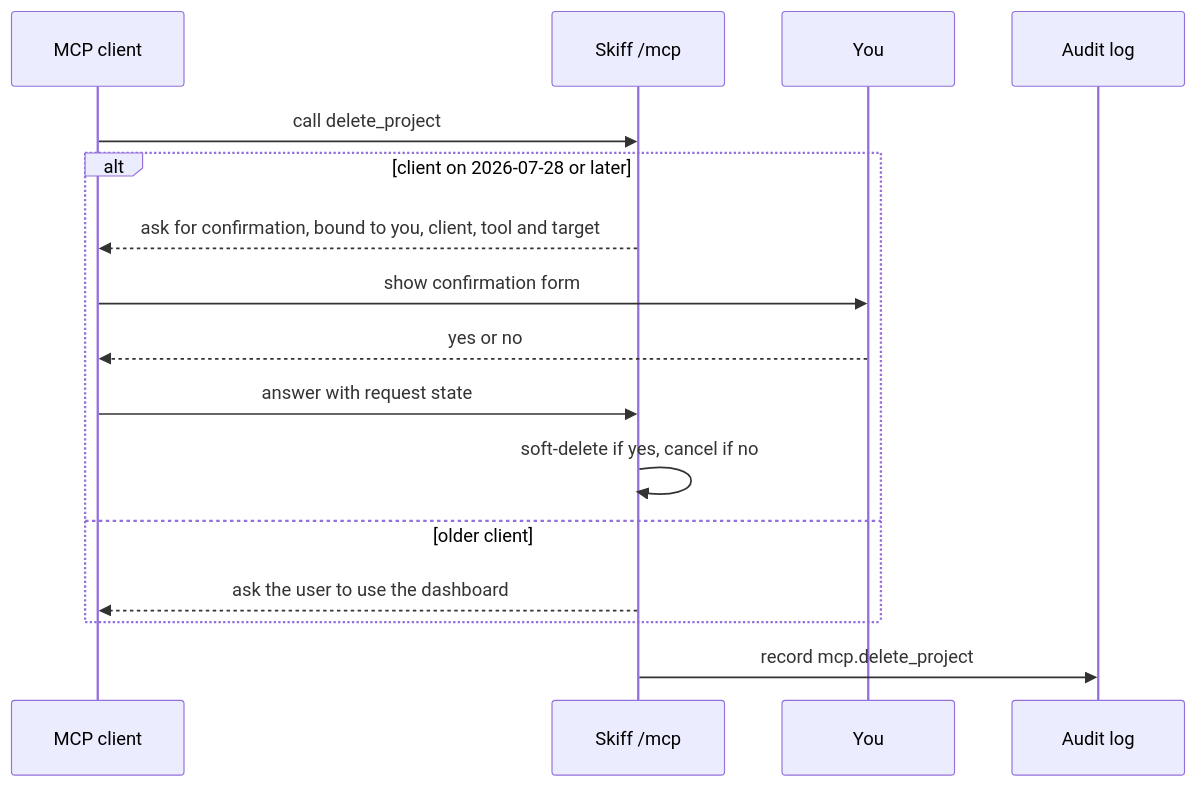
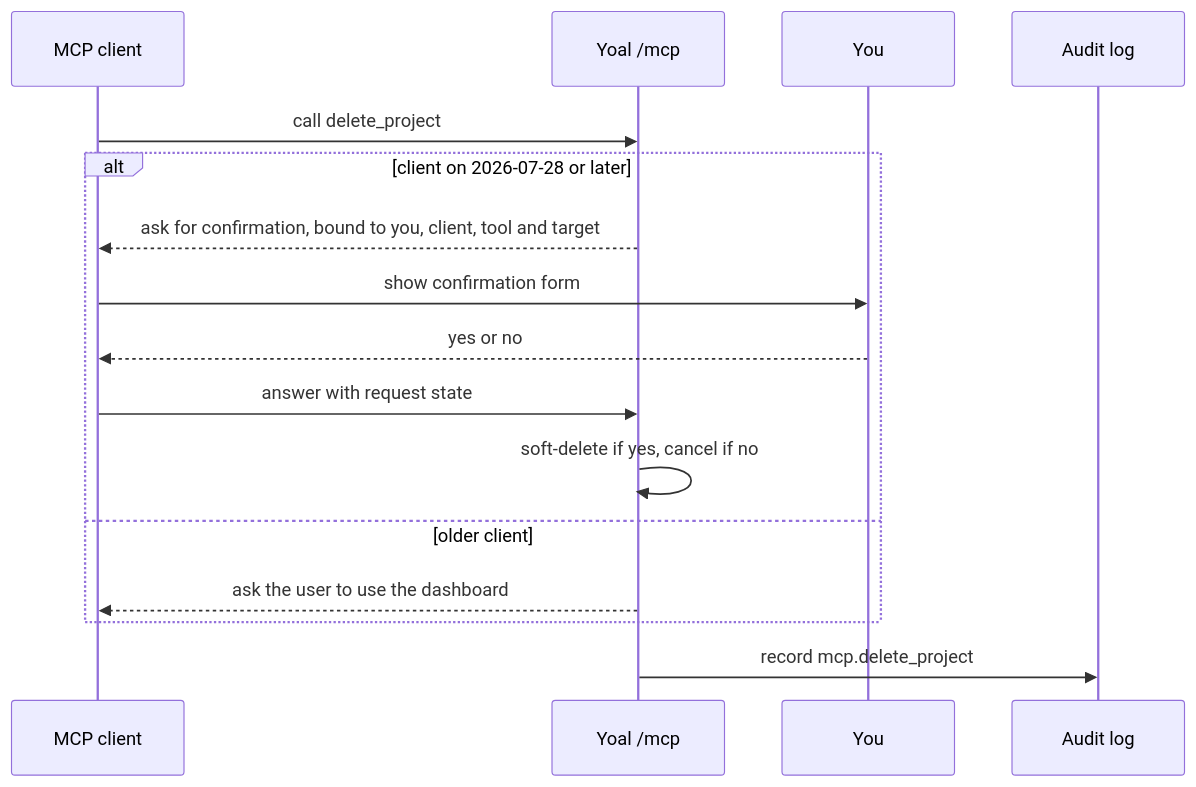
One commit to KieranHolroyd/skiff changed the second of 2 diagrams in packages/docs/content/clients/mcp.md. Above: the diagram before and after it, drawn with Mermaid. The commit also changed other lines of this file and 1869 other files, not shown here.

````diff
--- a/packages/docs/content/clients/mcp.md
+++ b/packages/docs/content/clients/mcp.md
@@ -120,18 +120,18 @@
 ```mermaid
 sequenceDiagram
   participant C as MCP client
-  participant M as Skiff /mcp
+  participant M as Yoal /mcp
   participant U as You
   participant L as Audit log
   C->>M: call delete_project
   alt client on 2026-07-28 or later
     M-->>C: ask for confirmation, bound to you, client, tool and target
     C->>U: show confirmation form
     U-->>C: yes or no
     C->>M: answer with request state
     M->>M: soft-delete if yes, cancel if no
   else older client
     M-->>C: ask the user to use the dashboard
   end
   M->>L: record mcp.delete_project
 ```
````
